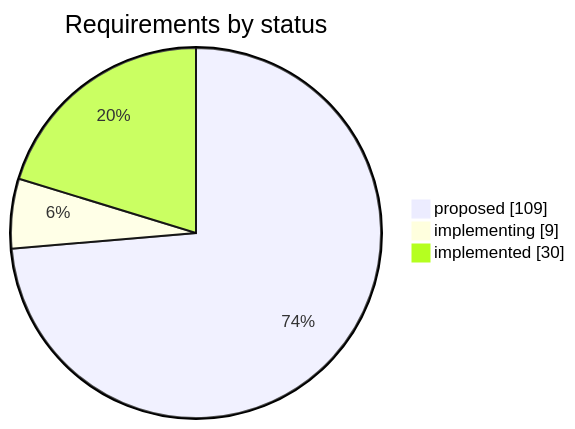
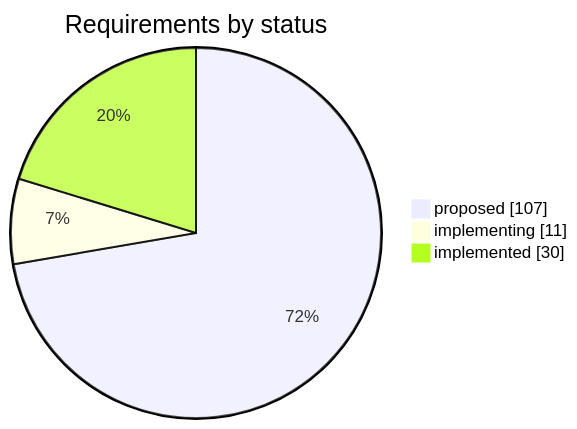
The first of 2 diagrams in STATUS.md (iammaxsu/automatic-testing-architecture), drawn with Mermaid before and after one commit. The commit also changed other lines of this file and 14 other files, not shown here.

````diff
--- a/STATUS.md
+++ b/STATUS.md
@@ -25,6 +25,6 @@
 ```mermaid
 pie showData title Requirements by status
-    "proposed" : 109
-    "implementing" : 9
+    "proposed" : 107
+    "implementing" : 11
     "implemented" : 30
 ```
````
